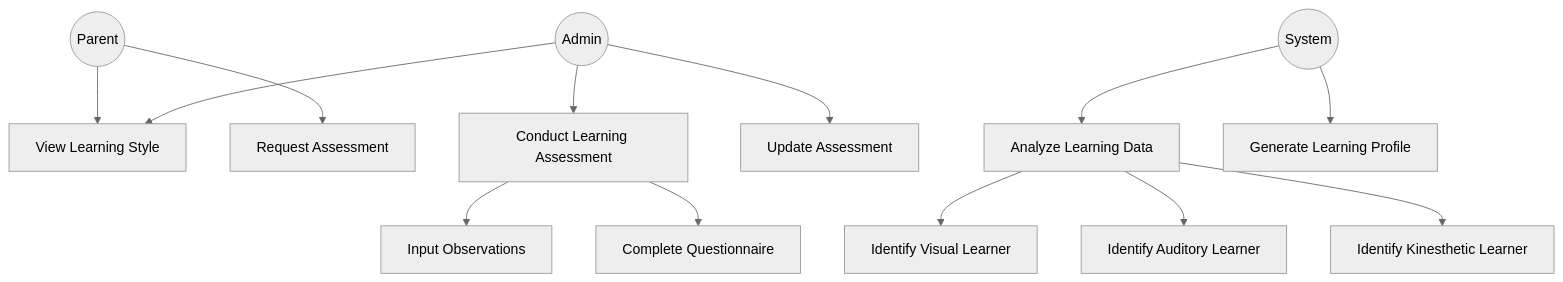
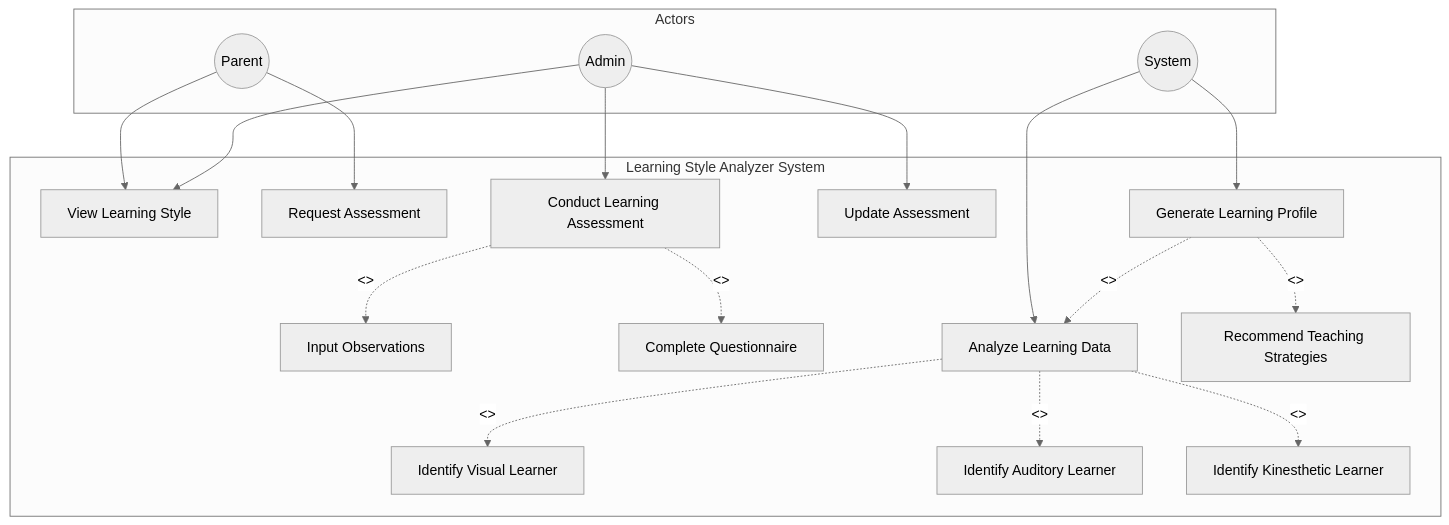
One commit to TongYwen/childfyp5 changed the fifth of 18 diagrams in diagrams.md. Above: the diagram before and after it, drawn with Mermaid (neutral theme). The commit also changed other lines of this file, not shown here.

First line of the commit message:
Update diagrams with proper UML notation

````diff
--- a/diagrams.md
+++ b/diagrams.md
@@ -87,22 +159,41 @@
 ```mermaid
-graph TD
-    Parent((Parent))
-    Admin((Admin))
-    System((System))
+graph TB
+    subgraph Actors
+        Parent((Parent))
+        Admin((Admin))
+        System((System))
+    end
 
-    Parent --> ViewLearningStyle[View Learning Style]
-    Parent --> RequestAssessment[Request Assessment]
+    subgraph "Learning Style Analyzer System"
+        ViewLearningStyle[View Learning Style]
+        RequestAssessment[Request Assessment]
+        ConductAssessment[Conduct Learning Assessment]
+        UpdateAssessment[Update Assessment]
+        InputObservations[Input Observations]
+        CompleteQuestionnaire[Complete Questionnaire]
+        AnalyzeData[Analyze Learning Data]
+        GenerateProfile[Generate Learning Profile]
+        IdentifyVisual[Identify Visual Learner]
+        IdentifyAuditory[Identify Auditory Learner]
+        IdentifyKinesthetic[Identify Kinesthetic Learner]
+        RecommendStrategies[Recommend Teaching Strategies]
+    end
 
-    Admin --> ConductAssessment[Conduct Learning Assessment]
+    Parent --> ViewLearningStyle
+    Parent --> RequestAssessment
+
+    Admin --> ConductAssessment
     Admin --> ViewLearningStyle
-    Admin --> UpdateAssessment[Update Assessment]
+    Admin --> UpdateAssessment
 
-    ConductAssessment --> InputObservations[Input Observations]
-    ConductAssessment --> CompleteQuestionnaire[Complete Questionnaire]
+    System --> AnalyzeData
+    System --> GenerateProfile
 
-    System --> AnalyzeData[Analyze Learning Data]
-    System --> GenerateProfile[Generate Learning Profile]
-    AnalyzeData --> IdentifyVisual[Identify Visual Learner]
-    AnalyzeData --> IdentifyAuditory[Identify Auditory Learner]
-    AnalyzeData --> IdentifyKinesthetic[Identify Kinesthetic Learner]
+    ConductAssessment -.<<include>>.-> InputObservations
+    ConductAssessment -.<<include>>.-> CompleteQuestionnaire
+    AnalyzeData -.<<include>>.-> IdentifyVisual
+    AnalyzeData -.<<include>>.-> IdentifyAuditory
+    AnalyzeData -.<<include>>.-> IdentifyKinesthetic
+    GenerateProfile -.<<include>>.-> AnalyzeData
+    GenerateProfile -.<<extend>>.-> RecommendStrategies
 ```
````
